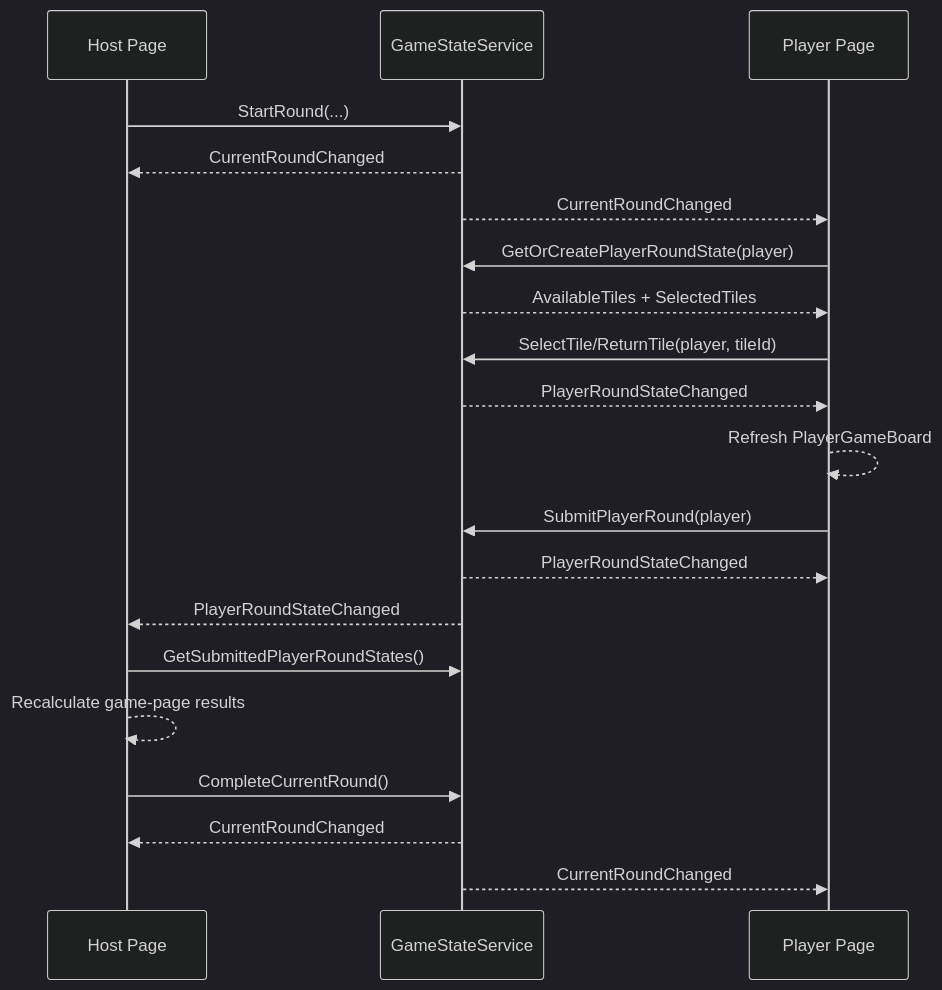
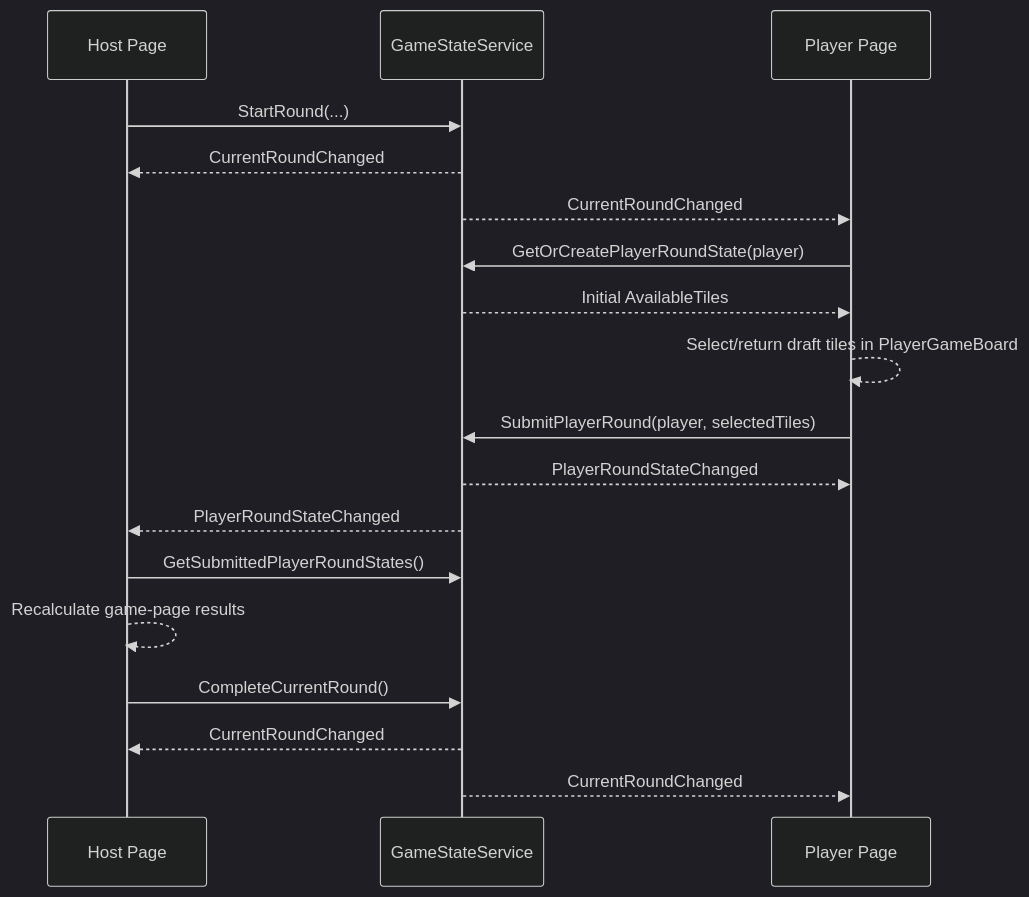
The fifth of 5 diagrams in design/architecture.md (iJustHelp/have-fun), drawn with Mermaid (dark theme) before and after one commit. The commit also changed other lines of this file and 20 other files, not shown here.

````diff
--- a/design/architecture.md
+++ b/design/architecture.md
@@ -127,26 +125,24 @@
 ```mermaid
 sequenceDiagram
     participant H as Host Page
     participant G as GameStateService
     participant P as Player Page
 
     H->>G: StartRound(...)
     G-->>H: CurrentRoundChanged
     G-->>P: CurrentRoundChanged
     P->>G: GetOrCreatePlayerRoundState(player)
-    G-->>P: AvailableTiles + SelectedTiles
+    G-->>P: Initial AvailableTiles
 
-    P->>G: SelectTile/ReturnTile(player, tileId)
-    G-->>P: PlayerRoundStateChanged
-    P-->>P: Refresh PlayerGameBoard
+    P-->>P: Select/return draft tiles in PlayerGameBoard
 
-    P->>G: SubmitPlayerRound(player)
+    P->>G: SubmitPlayerRound(player, selectedTiles)
     G-->>P: PlayerRoundStateChanged
     G-->>H: PlayerRoundStateChanged
     H->>G: GetSubmittedPlayerRoundStates()
     H-->>H: Recalculate game-page results
 
     H->>G: CompleteCurrentRound()
     G-->>H: CurrentRoundChanged
     G-->>P: CurrentRoundChanged
 ```
````
